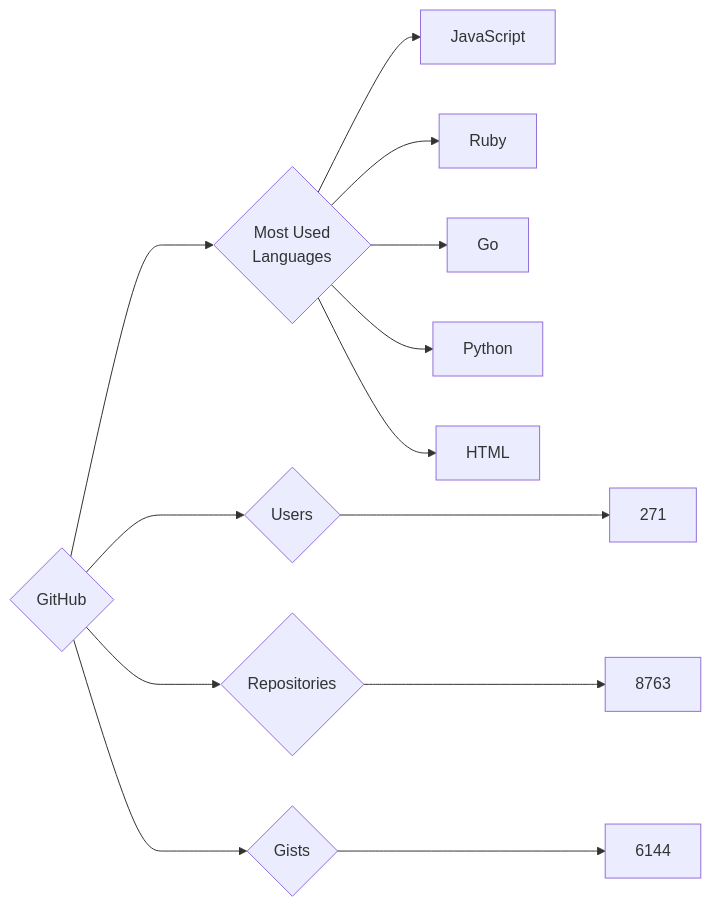
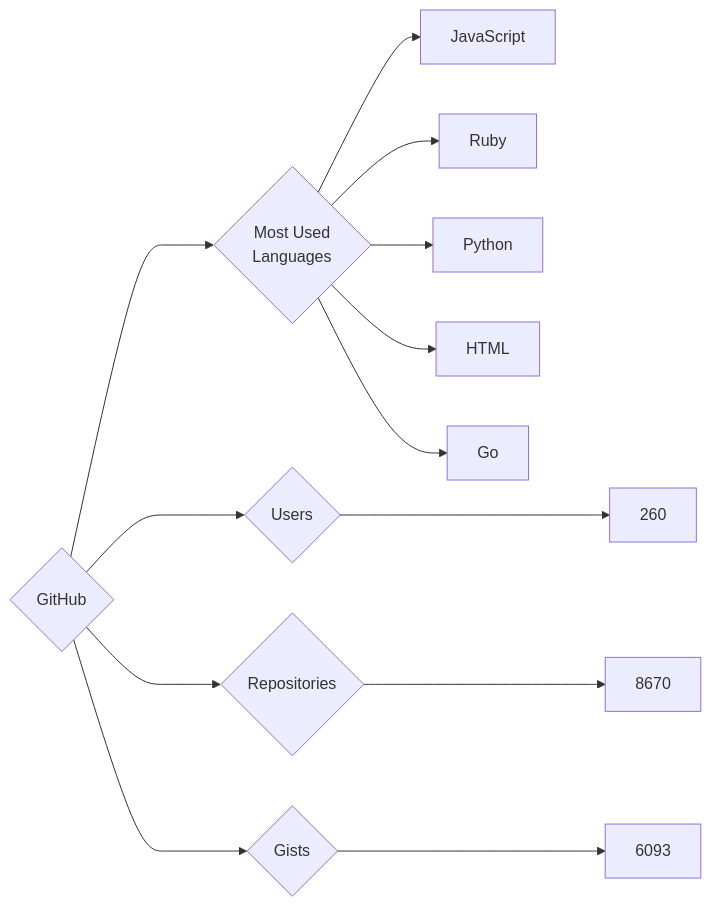
One commit to trickest/insiders changed the diagram in targets/GitHub/README.md. Above: the diagram before and after it, drawn with Mermaid. The commit also changed 629 other files, not shown here.

````diff
--- a/targets/GitHub/README.md
+++ b/targets/GitHub/README.md
@@ -3,13 +3,13 @@
 ```mermaid
 graph LR
 COMPANY_NAME{GitHub}
-COMPANY_NAME ---> U{Users} ---> UN[271]
-COMPANY_NAME ---> R{Repositories} ---> RN[8763]
-COMPANY_NAME ---> G{Gists} ---> GN[6144]
+COMPANY_NAME ---> U{Users} ---> UN[260]
+COMPANY_NAME ---> R{Repositories} ---> RN[8670]
+COMPANY_NAME ---> G{Gists} ---> GN[6093]
 COMPANY_NAME ---> ML{Most Used<br>Languages}
 ML --> JavaScript[JavaScript]
 ML --> Ruby[Ruby]
-ML --> Go[Go]
 ML --> Python[Python]
 ML --> HTML[HTML]
+ML --> Go[Go]
 ```
````
